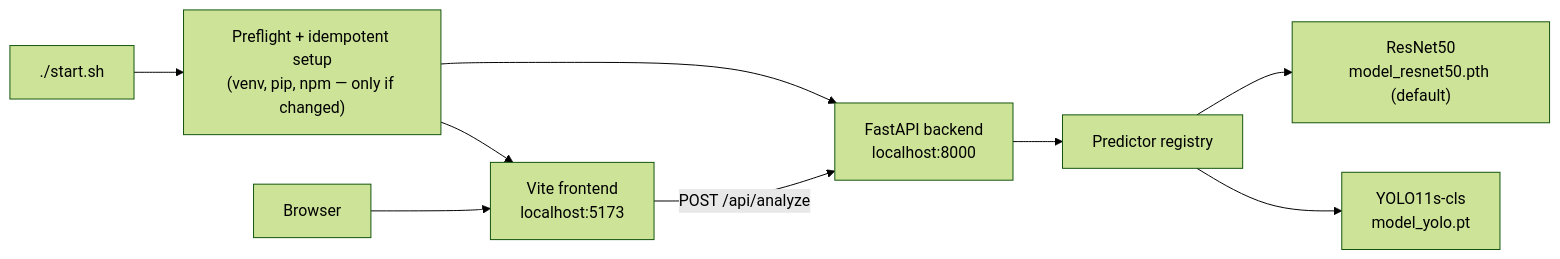
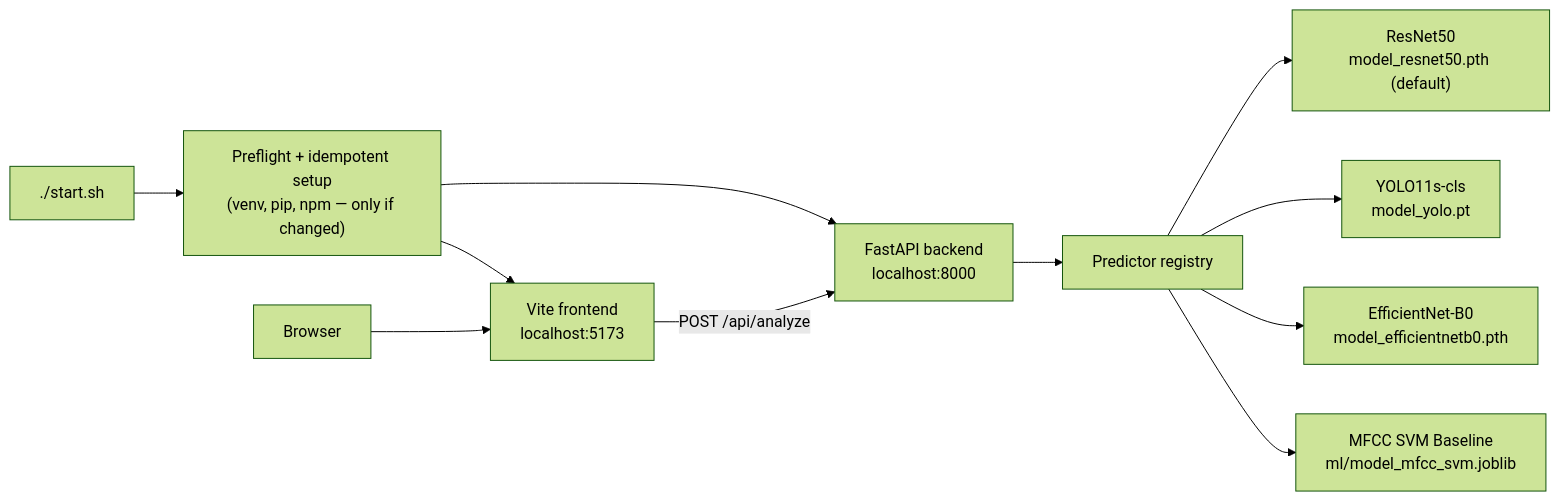
The first of 2 diagrams in README.md (rongrongrr/ISY-PM-2026-AIS07PT-Group31_PLACEHOLDER), drawn with Mermaid (forest theme) before and after one commit. The commit also changed other lines of this file and 12 other files, not shown here.

Commit message:
Add efficient net model

````diff
--- a/README.md
+++ b/README.md
@@ -34,11 +34,13 @@
 ```mermaid
 flowchart LR
     dev["./start.sh"] --> setup["Preflight + idempotent setup<br/>(venv, pip, npm — only if changed)"]
     setup --> be["FastAPI backend<br/>localhost:8000"]
     setup --> fe["Vite frontend<br/>localhost:5173"]
     browser["Browser"] --> fe
     fe -->|"POST /api/analyze"| be
     be --> reg["Predictor registry"]
     reg --> resnet["ResNet50<br/>model_resnet50.pth (default)"]
     reg --> yolo["YOLO11s-cls<br/>model_yolo.pt"]
+    reg --> efficientnet["EfficientNet-B0<br/>model_efficientnetb0.pth"]
+    reg --> mfcc["MFCC SVM Baseline<br/>ml/model_mfcc_svm.joblib"]
 ```
````
